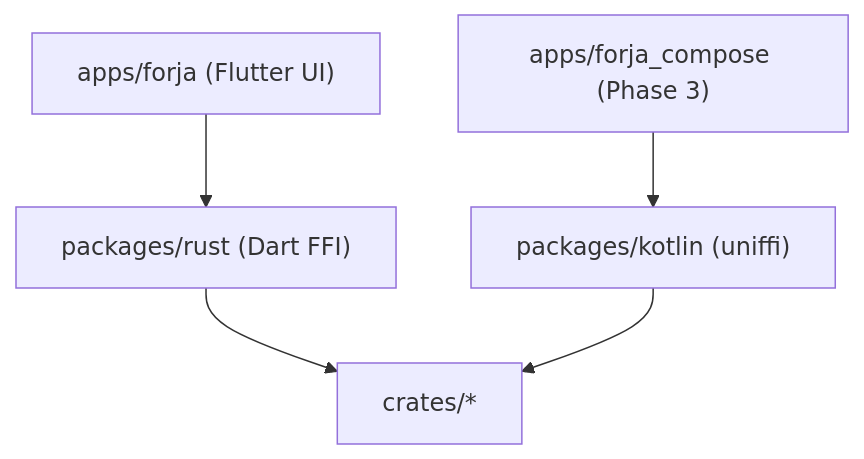
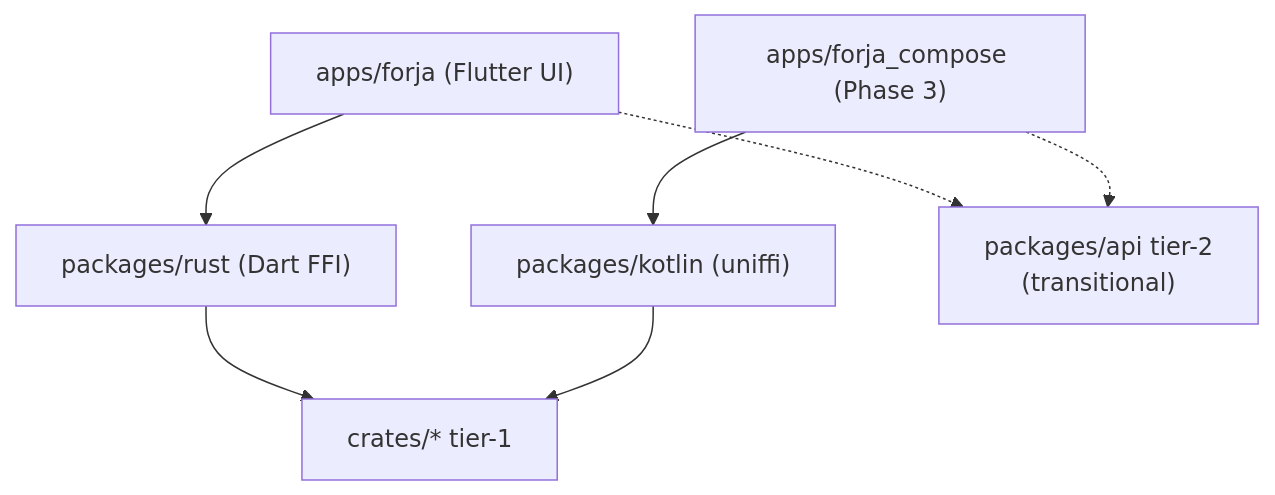
The diagram in docs/migration/README.md (mGhassen/Forja), drawn with Mermaid before and after one commit. The commit also changed other lines of this file and 9 other files, not shown here.

````diff
--- a/docs/migration/README.md
+++ b/docs/migration/README.md
@@ -75,11 +85,14 @@
 ```mermaid
 flowchart TB
   Flutter["apps/forja (Flutter UI)"]
   Compose["apps/forja_compose (Phase 3)"]
   RustFFI["packages/rust (Dart FFI)"]
   KotlinFFI["packages/kotlin (uniffi)"]
-  Engine["crates/*"]
+  ApiTier2["packages/api tier-2\n(transitional)"]
+  Engine["crates/* tier-1"]
 
   Flutter --> RustFFI --> Engine
+  Flutter -.-> ApiTier2
   Compose --> KotlinFFI --> Engine
+  Compose -.-> ApiTier2
 ```
````
